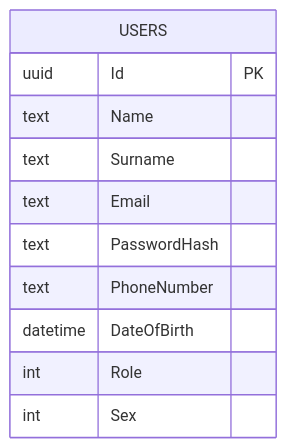
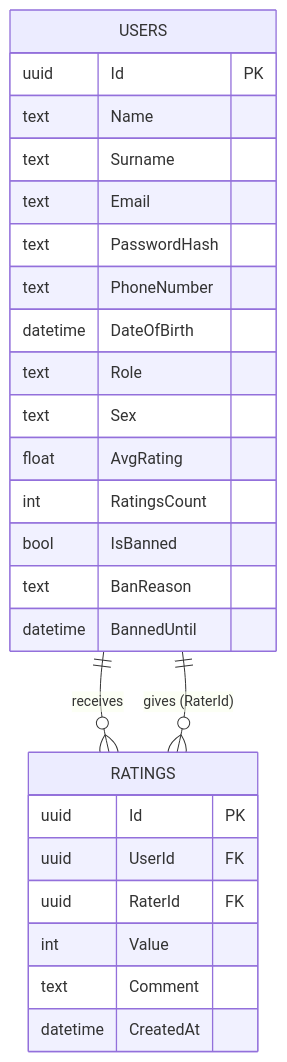
One commit to Lukasz921/RoadTripPullUp changed the first of 3 diagrams in docs/db-schema.md. Above: the diagram before and after it, drawn with Mermaid. The commit also changed other lines of this file and 3 other files, not shown here.

````diff
--- a/docs/db-schema.md
+++ b/docs/db-schema.md
@@ -30,14 +11,31 @@
 ```mermaid
 erDiagram
     USERS {
         uuid Id PK
         text Name
         text Surname
         text Email
         text PasswordHash
         text PhoneNumber
         datetime DateOfBirth
-        int Role
-        int Sex
+        text Role
+        text Sex
+        float AvgRating
+        int RatingsCount
+        bool IsBanned
+        text BanReason
+        datetime BannedUntil
     }
+
+    RATINGS {
+        uuid Id PK
+        uuid UserId FK
+        uuid RaterId FK
+        int Value
+        text Comment
+        datetime CreatedAt
+    }
+
+    USERS ||--o{ RATINGS : "receives"
+    USERS ||--o{ RATINGS : "gives (RaterId)"
 ```
````
